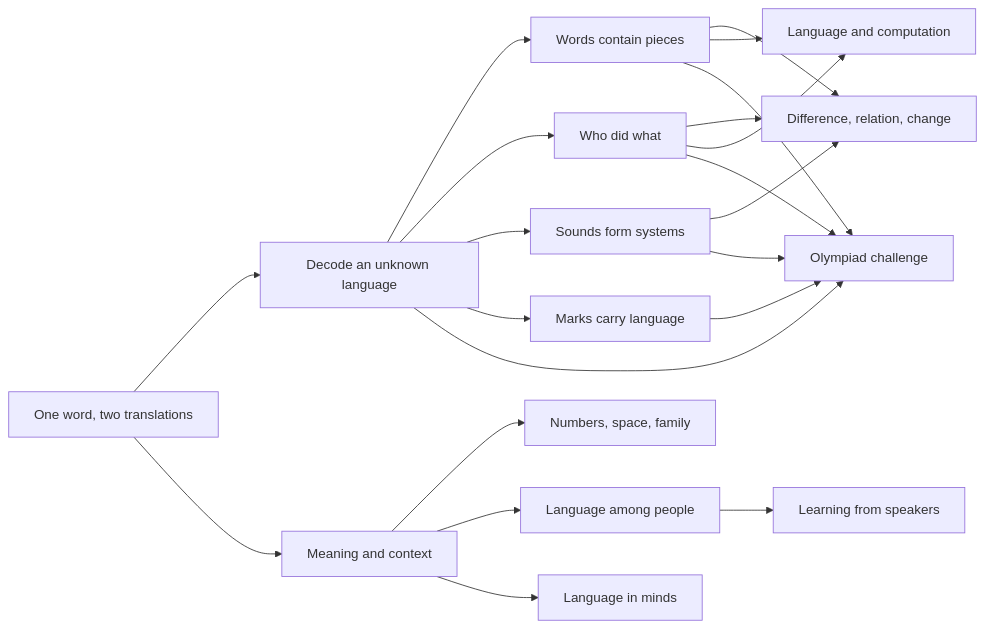
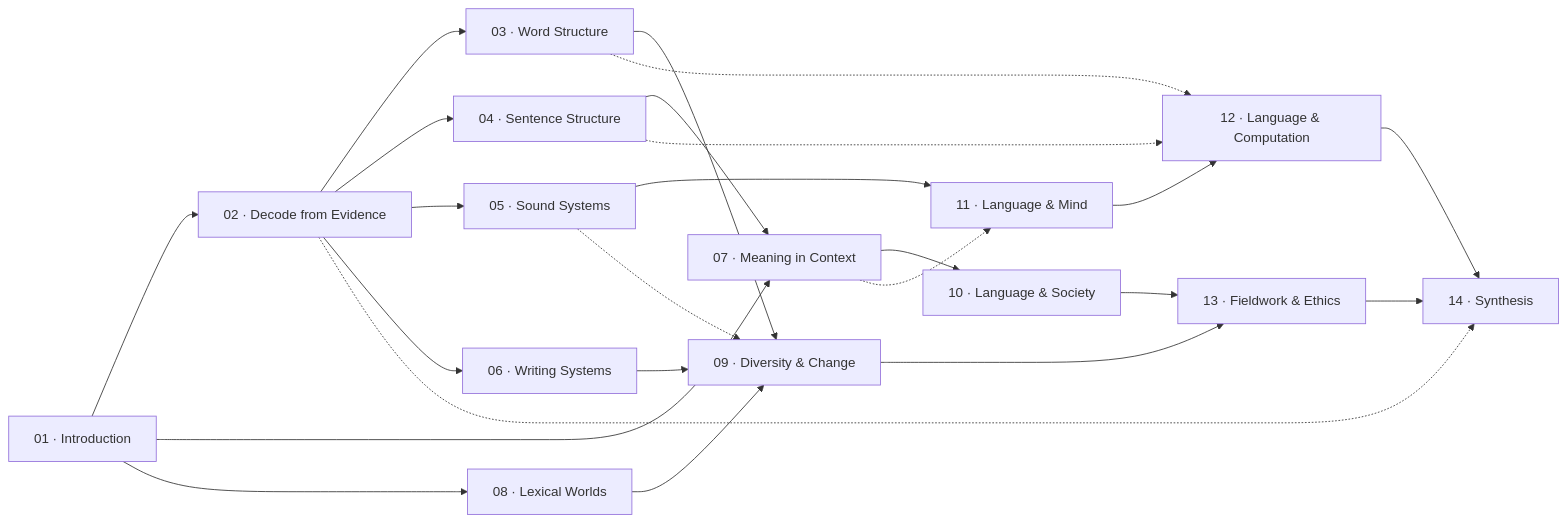
One commit to SkyITL/Lingohub changed the diagram in ROADMAP-ARCHITECTURE.md. Above: the diagram before and after it, drawn with Mermaid. The commit also changed other lines of this file and 5 other files, not shown here.

Commit message:
feat: connect roadmap sections at macro scale

````diff
--- a/ROADMAP-ARCHITECTURE.md
+++ b/ROADMAP-ARCHITECTURE.md
@@ -235,23 +240,26 @@
 ```mermaid
 flowchart LR
-    Hook[One word, two translations] --> Decode[Decode an unknown language]
-    Hook --> Meaning[Meaning and context]
-    Decode --> Words[Words contain pieces]
-    Decode --> Sentences[Who did what]
-    Decode --> Sounds[Sounds form systems]
-    Decode --> Writing[Marks carry language]
-    Meaning --> Worlds[Numbers, space, family]
-    Words --> Diversity[Difference, relation, change]
-    Sentences --> Diversity
-    Sounds --> Diversity
-    Meaning --> People[Language among people]
-    Meaning --> Mind[Language in minds]
-    Words --> Computers[Language and computation]
-    Sentences --> Computers
-    People --> Fieldwork[Learning from speakers]
-    Decode --> Olympiad[Olympiad challenge]
-    Words --> Olympiad
-    Sentences --> Olympiad
-    Sounds --> Olympiad
-    Writing --> Olympiad
+    Intro[01 · Introduction] --> Decode[02 · Decode from Evidence]
+    Intro --> Meaning[07 · Meaning in Context]
+    Intro --> Worlds[08 · Lexical Worlds]
+    Decode --> Words[03 · Word Structure]
+    Decode --> Sentences[04 · Sentence Structure]
+    Decode --> Sounds[05 · Sound Systems]
+    Decode --> Writing[06 · Writing Systems]
+    Words --> Diversity[09 · Diversity & Change]
+    Sentences --> Meaning
+    Sounds --> Mind[11 · Language & Mind]
+    Writing --> Diversity
+    Meaning --> Society[10 · Language & Society]
+    Worlds --> Diversity
+    Diversity --> Fieldwork[13 · Fieldwork & Ethics]
+    Society --> Fieldwork
+    Mind --> Computation[12 · Language & Computation]
+    Computation --> Synthesis[14 · Synthesis]
+    Fieldwork --> Synthesis
+    Words -.-> Computation
+    Sentences -.-> Computation
+    Sounds -.-> Diversity
+    Meaning -.-> Mind
+    Decode -.-> Synthesis
 ```
````
